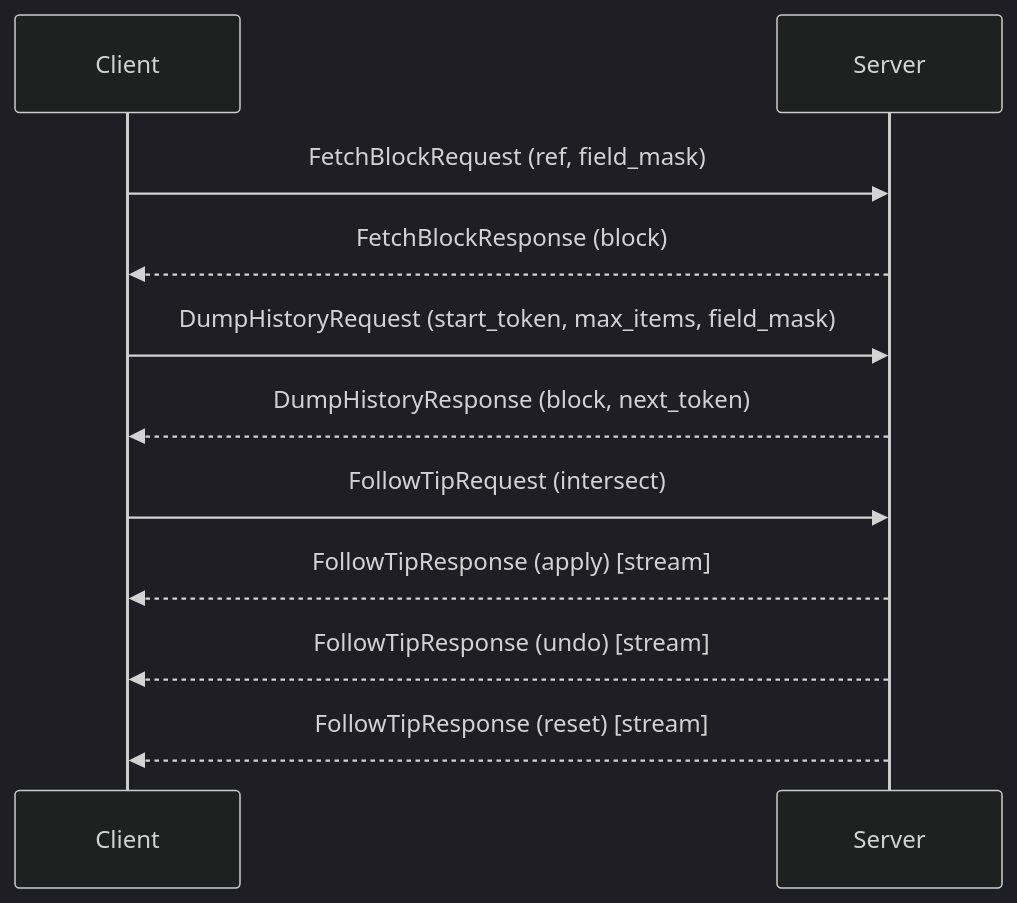
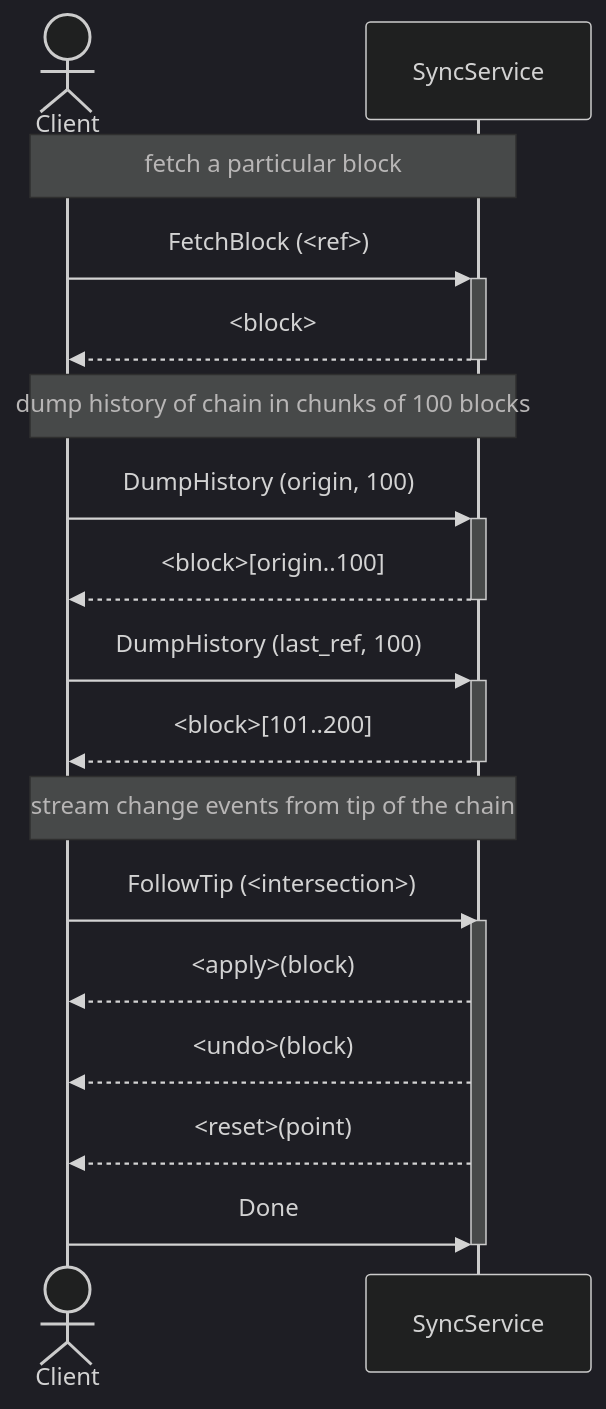
One commit to utxorpc/docs changed the diagram in pages/sync/intro.mdx. Above: the diagram before and after it, drawn with Mermaid. The commit also changed 3 other files, not shown here.

Commit message:
docs: Improve sequence diagrams (#7)

````diff
--- a/pages/sync/intro.mdx
+++ b/pages/sync/intro.mdx
@@ -19,17 +19,26 @@
 ```mermaid
 %%{init: { 'theme': 'dark' } }%%
 sequenceDiagram
-  participant Client
-  participant Server
+  actor Client
+  participant SyncService
 
-  Client->>Server: FetchBlockRequest (ref, field_mask)
-  Server-->>Client: FetchBlockResponse (block)
+  Note over Client,SyncService: fetch a particular block
+  Client->>+SyncService: FetchBlock (<ref>)
+  SyncService-->>-Client: <block>
 
-  Client->>Server: DumpHistoryRequest (start_token, max_items, field_mask)
-  Server-->>Client: DumpHistoryResponse (block, next_token)
+  Note over Client,SyncService: dump history of chain in chunks of 100 blocks
+  Client->>+SyncService: DumpHistory (origin, 100)
+  SyncService-->>-Client: <block>[origin..100]
 
-  Client->>Server: FollowTipRequest (intersect)
-  Server-->>Client: FollowTipResponse (apply) [stream]
-  Server-->>Client: FollowTipResponse (undo) [stream]
-  Server-->>Client: FollowTipResponse (reset) [stream]
+  Client->>+SyncService: DumpHistory (last_ref, 100)
+  SyncService-->>-Client: <block>[101..200]
+
+  Note over Client,SyncService: stream change events from tip of the chain
+  Client->>SyncService: FollowTip (<intersection>)
+  activate SyncService
+  SyncService-->>Client: <apply>(block)
+  SyncService-->>Client: <undo>(block)
+  SyncService-->>Client: <reset>(point)
+  Client->>SyncService: Done
+  deactivate SyncService
 ```
````
